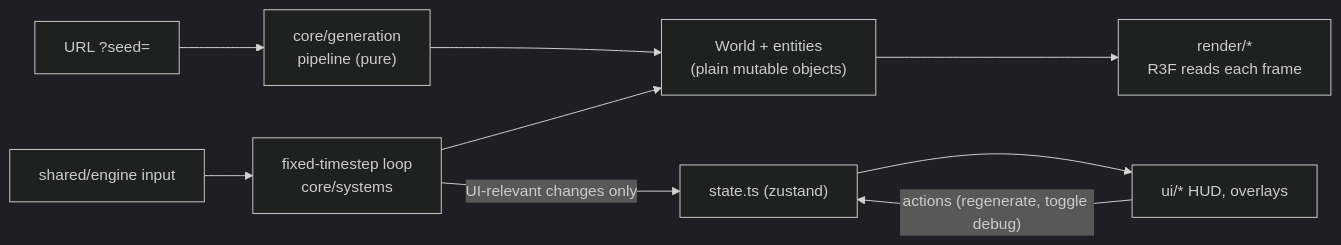
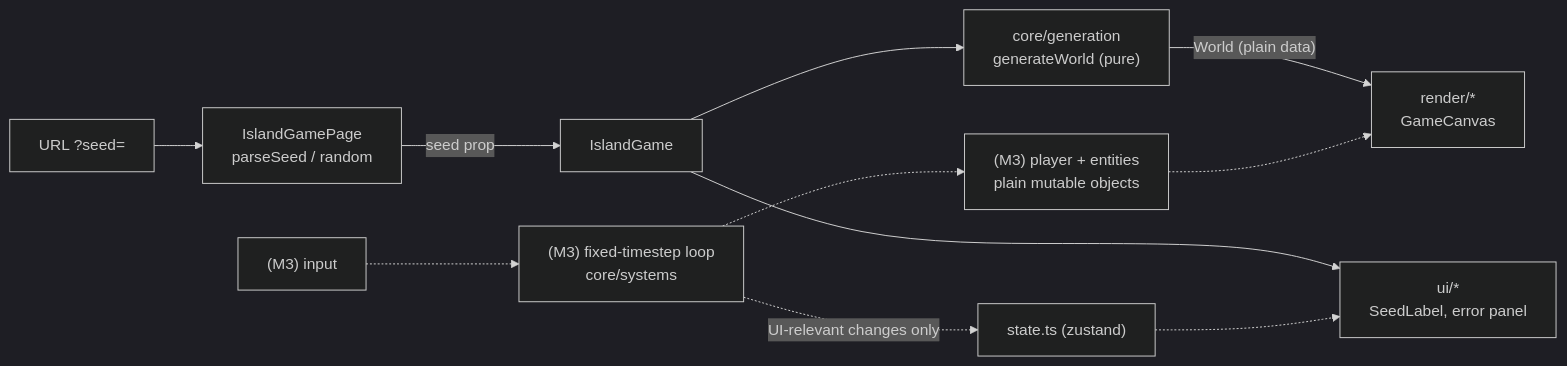
Before and after one commit to charlesj29/slow-living: the diagram in docs/ARCHITECTURE.md, drawn with Mermaid (dark theme). The commit also changed other lines of this file and 48 other files, not shown here.

First line of the commit message:
feat(island): M1 seeded world generation with validation and map preview

````diff
--- a/docs/ARCHITECTURE.md
+++ b/docs/ARCHITECTURE.md
@@ -49,11 +51,13 @@
 ```mermaid
 flowchart LR
-  URL["URL ?seed="] --> Gen["core/generation<br/>pipeline (pure)"]
-  Gen --> World["World + entities<br/>(plain mutable objects)"]
-  Input["shared/engine input"] --> Loop["fixed-timestep loop<br/>core/systems"]
-  Loop --> World
-  World --> Render["render/*<br/>R3F reads each frame"]
-  Loop -- "UI-relevant changes only" --> Store["state.ts (zustand)"]
-  Store --> UI["ui/* HUD, overlays"]
-  UI -- "actions (regenerate, toggle debug)" --> Store
+  URL["URL ?seed="] --> Page["IslandGamePage<br/>parseSeed / random"]
+  Page -- "seed prop" --> Game["IslandGame"]
+  Game --> Gen["core/generation<br/>generateWorld (pure)"]
+  Gen -- "World (plain data)" --> Render["render/*<br/>GameCanvas"]
+  Game --> UI["ui/*<br/>SeedLabel, error panel"]
+  Input["(M3) input"] -.-> Loop["(M3) fixed-timestep loop<br/>core/systems"]
+  Loop -.-> Entities["(M3) player + entities<br/>plain mutable objects"]
+  Entities -.-> Render
+  Loop -. "UI-relevant changes only" .-> Store["state.ts (zustand)"]
+  Store -.-> UI
 ```
````
